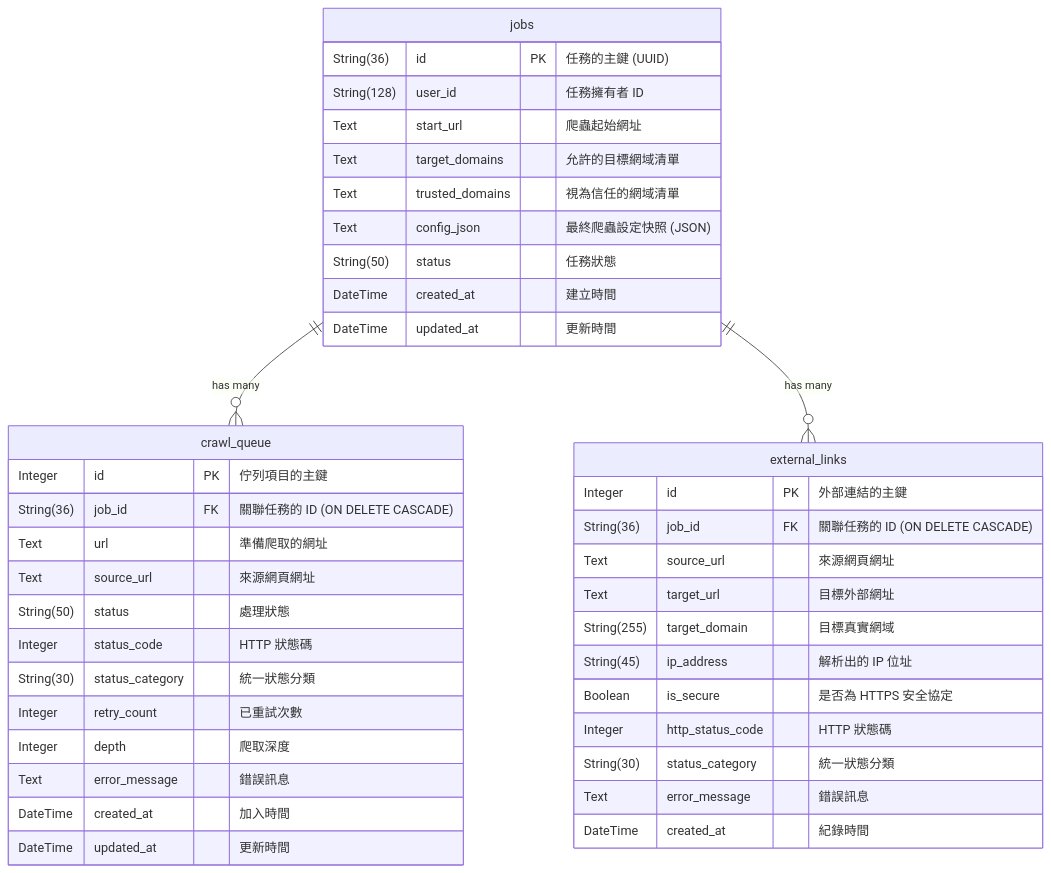
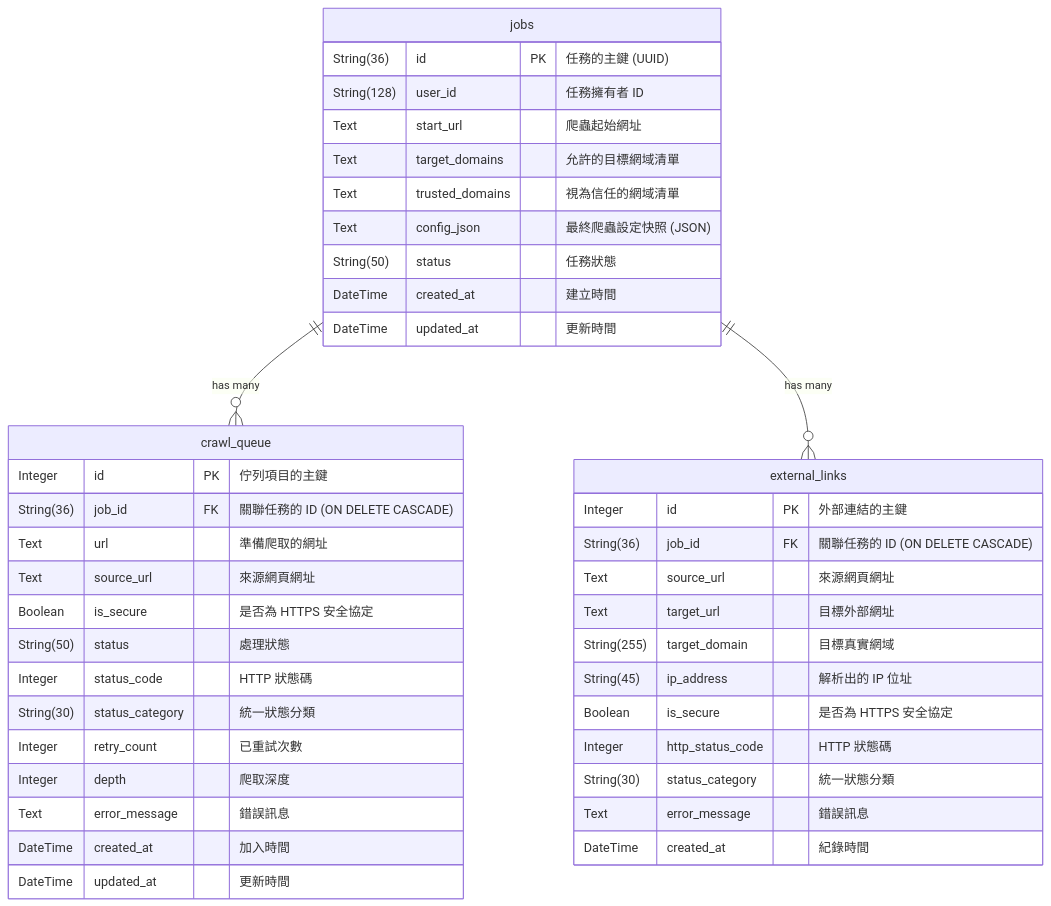
Before and after one commit to mfhsieh/link-checker: the second of 2 diagrams in doc/db_schema.md, drawn with Mermaid. The commit also changed other lines of this file and 14 other files, not shown here.

````diff
--- a/doc/db_schema.md
+++ b/doc/db_schema.md
@@ -198,43 +198,44 @@
 ```mermaid
 erDiagram
     jobs ||--o{ crawl_queue : "has many"
     jobs ||--o{ external_links : "has many"
     jobs {
         String(36) id PK "任務的主鍵 (UUID)"
         String(128) user_id "任務擁有者 ID"
         Text start_url "爬蟲起始網址"
         Text target_domains "允許的目標網域清單"
         Text trusted_domains "視為信任的網域清單"
         Text config_json "最終爬蟲設定快照 (JSON)"
         String(50) status "任務狀態"
         DateTime created_at "建立時間"
         DateTime updated_at "更新時間"
     }
     crawl_queue {
         Integer id PK "佇列項目的主鍵"
         String(36) job_id FK "關聯任務的 ID (ON DELETE CASCADE)"
         Text url "準備爬取的網址"
         Text source_url "來源網頁網址"
+        Boolean is_secure "是否為 HTTPS 安全協定"
         String(50) status "處理狀態"
         Integer status_code "HTTP 狀態碼"
         String(30) status_category "統一狀態分類"
         Integer retry_count "已重試次數"
         Integer depth "爬取深度"
         Text error_message "錯誤訊息"
         DateTime created_at "加入時間"
         DateTime updated_at "更新時間"
     }
     external_links {
         Integer id PK "外部連結的主鍵"
         String(36) job_id FK "關聯任務的 ID (ON DELETE CASCADE)"
         Text source_url "來源網頁網址"
         Text target_url "目標外部網址"
         String(255) target_domain "目標真實網域"
         String(45) ip_address "解析出的 IP 位址"
         Boolean is_secure "是否為 HTTPS 安全協定"
         Integer http_status_code "HTTP 狀態碼"
         String(30) status_category "統一狀態分類"
         Text error_message "錯誤訊息"
         DateTime created_at "紀錄時間"
     }
 ```
````
